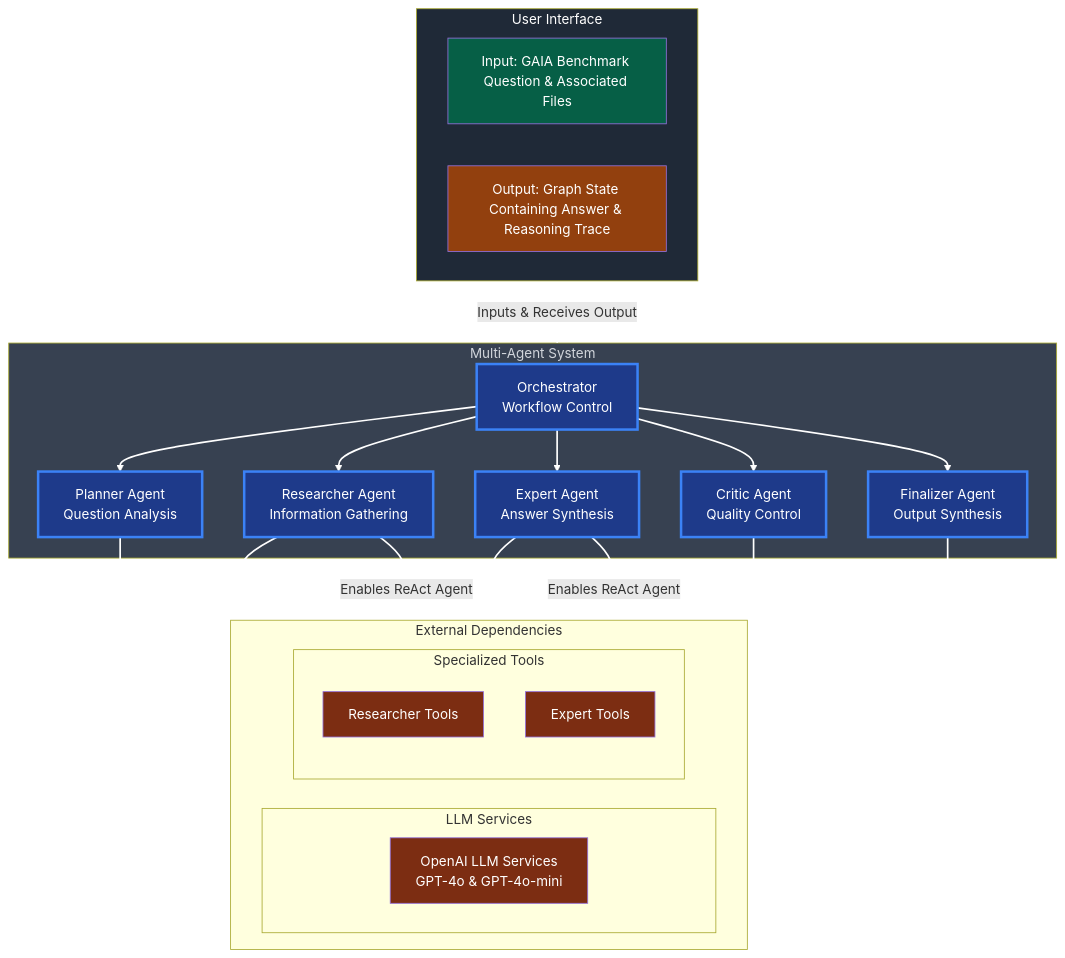
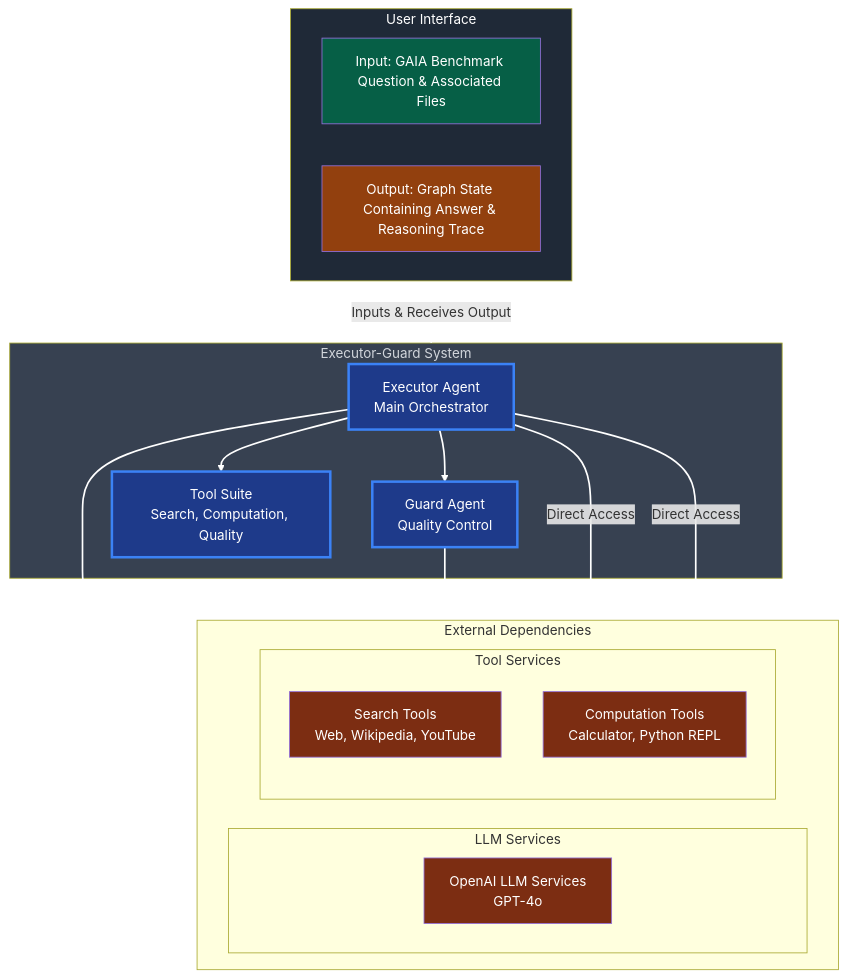
The second of 7 diagrams in docs/src/ARCHITECTURE.md (jdsham/hf-ai-agents-course), drawn with Mermaid before and after one commit. The commit also changed other lines of this file and 54 other files, not shown here.

Commit message:
Initial commit for executor + guard agent as a tool architecture.

````diff
--- a/docs/src/ARCHITECTURE.md
+++ b/docs/src/ARCHITECTURE.md
@@ -266,71 +113,54 @@
 ```mermaid
 graph TB
-    %% Top: User Interface
+    %% User Interface
     subgraph UserInterface["User Interface"]
         Input["Input: GAIA Benchmark Question & Associated Files"]
         Output["Output: Graph State Containing Answer & Reasoning Trace"]
     end
     
-    %% Middle: Multi-Agent System
-    subgraph SystemBoundary["Multi-Agent System"]
-        Orchestrator["Orchestrator<br/>Workflow Control"]
-        Planner["Planner Agent<br/>Question Analysis"]
-        Researcher["Researcher Agent<br/>Information Gathering"]
-        Expert["Expert Agent<br/>Answer Synthesis"]
-        Critic["Critic Agent<br/>Quality Control"]
-        Finalizer["Finalizer Agent<br/>Output Synthesis"]
+    %% Executor-Guard System
+    subgraph SystemBoundary["Executor-Guard System"]
+        Executor["Executor Agent<br/>Main Orchestrator"]
+        Guard["Guard Agent<br/>Quality Control"]
+        Tools["Tool Suite<br/>Search, Computation, Quality"]
     end
     
-    %% Bottom: External Dependencies
+    %% External Dependencies
     subgraph ExternalDependencies["External Dependencies"]
         direction LR
-        
         subgraph LLMServices["LLM Services"]
-            LLM["OpenAI LLM Services<br/>GPT-4o & GPT-4o-mini"]
+            LLM["OpenAI LLM Services<br/>GPT-4o"]
         end
-        
-        subgraph SpecializedTools["Specialized Tools"]
+        subgraph ToolServices["Tool Services"]
             direction TB
-            ResearcherTools["Researcher Tools"]
-            ExpertTools["Expert Tools"]
+            SearchTools["Search Tools<br/>Web, Wikipedia, YouTube"]
+            ComputationTools["Computation Tools<br/>Calculator, Python REPL"]
         end
     end
     
     %% Data Flow
     UserInterface -->|"Inputs & Receives Output"| SystemBoundary
-    
-    %% Orchestrator controls agents
-    Orchestrator --> Planner
-    Orchestrator --> Researcher
-    Orchestrator --> Expert
-    Orchestrator --> Critic
-    Orchestrator --> Finalizer
-    
-    %% Agents pointing TO external dependencies
-    Planner --> LLM
-    Researcher --> LLM
-    Expert --> LLM
-    Critic --> LLM
-    Finalizer --> LLM
-    
-    %% Specialized tool connections
-    Researcher -->|"Enables ReAct Agent"| ResearcherTools
-    Expert -->|"Enables ReAct Agent"| ExpertTools
+    Executor --> Guard
+    Executor --> Tools
+    Executor --> LLM
+    Guard --> LLM
+    Executor -->|"Direct Access"| SearchTools
+    Executor -->|"Direct Access"| ComputationTools
     
     %% Styling
     classDef boundary fill:#374151,color:#d1d5db
     classDef system fill:#1e3a8a,color:#ffffff,stroke:#3b82f6,stroke-width:3px
     classDef services fill:#7c2d12,color:#ffffff
     classDef interface fill:#1f2937,color:#ffffff
     classDef input fill:#065f46,color:#ffffff
     classDef output fill:#92400e,color:#ffffff
     
     class SystemBoundary boundary
-    class Orchestrator,Planner,Researcher,Expert,Critic,Finalizer system
-    class LLM,ResearcherTools,ExpertTools services
+    class Executor,Guard,Tools system
+    class LLM,SearchTools,ComputationTools services
     class UserInterface interface
     class Input input
     class Output output
     
     linkStyle default stroke:#ffffff,stroke-width:2px
 ```
````
